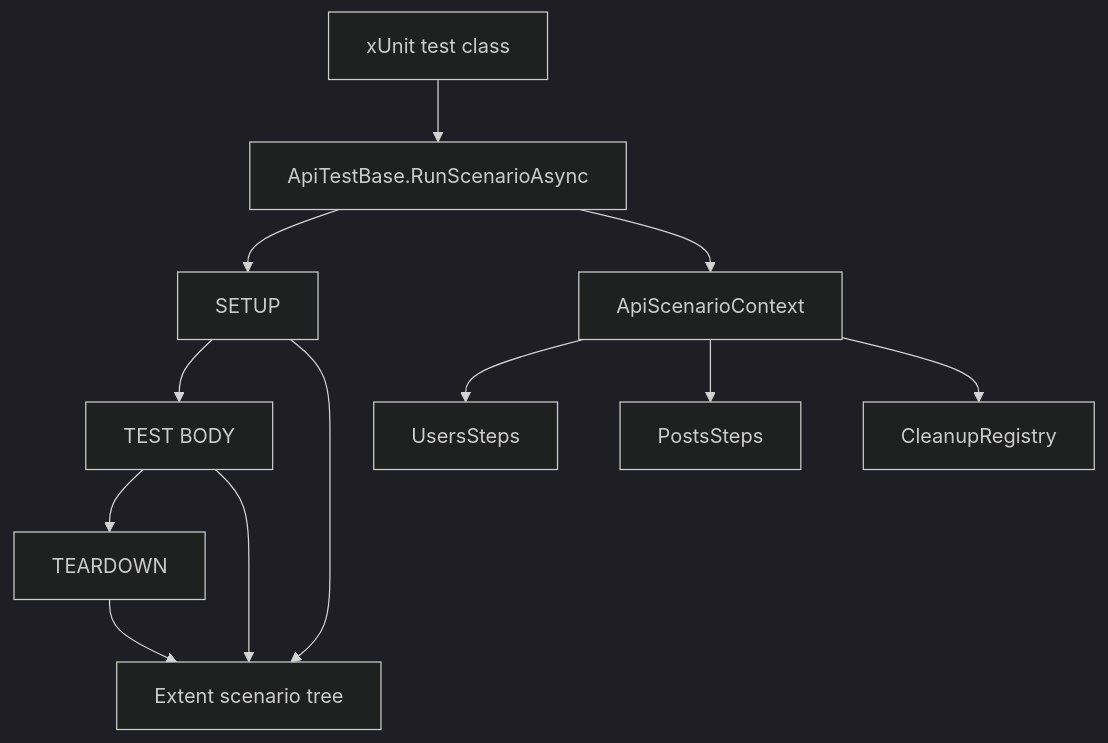
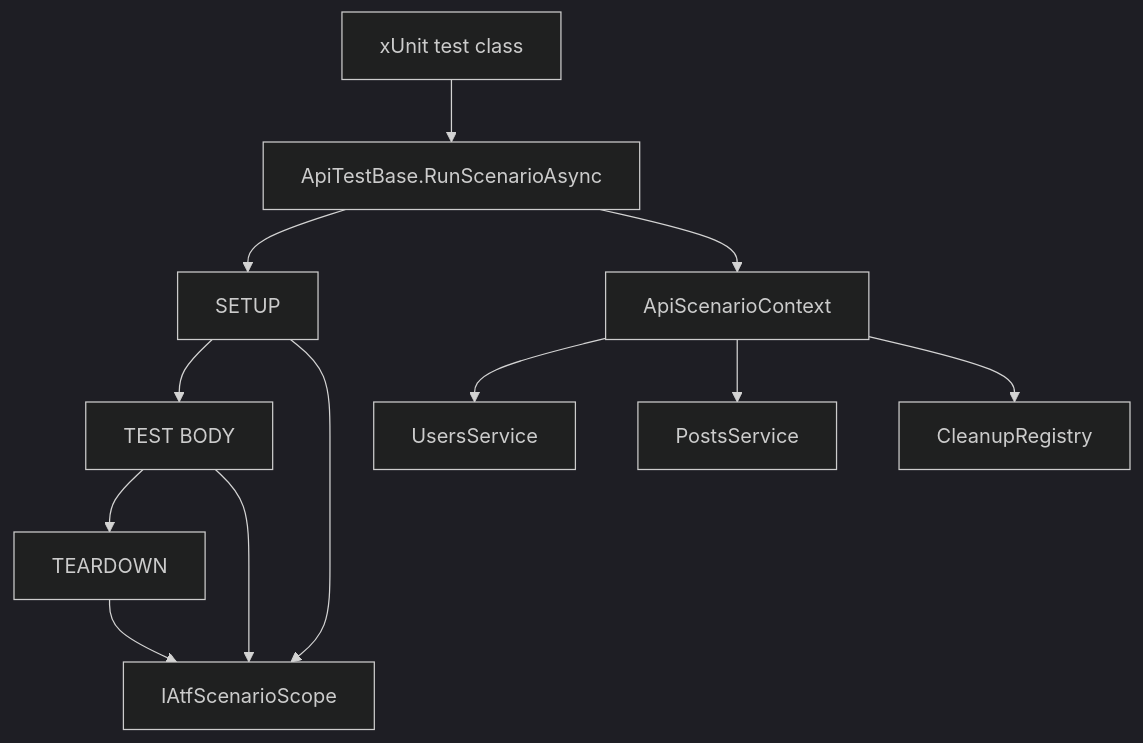
The first of 4 diagrams in Atf.Api/README.md (crististefanita/CS1), drawn with Mermaid (dark theme) before and after one commit. The commit also changed other lines of this file and 210 other files, not shown here.

````diff
--- a/Atf.Api/README.md
+++ b/Atf.Api/README.md
@@ -7,14 +30,14 @@
 ```mermaid
 flowchart TD
     X[xUnit test class] --> B[ApiTestBase.RunScenarioAsync]
     B --> S[SETUP]
     S --> T[TEST BODY]
     T --> D[TEARDOWN]
     B --> Context[ApiScenarioContext]
-    Context --> Users[UsersSteps]
-    Context --> Posts[PostsSteps]
+    Context --> Users[UsersService]
+    Context --> Posts[PostsService]
     Context --> Cleanup[CleanupRegistry]
-    S --> Report[Extent scenario tree]
+    S --> Report[IAtfScenarioScope]
     T --> Report
     D --> Report
 ```
````
